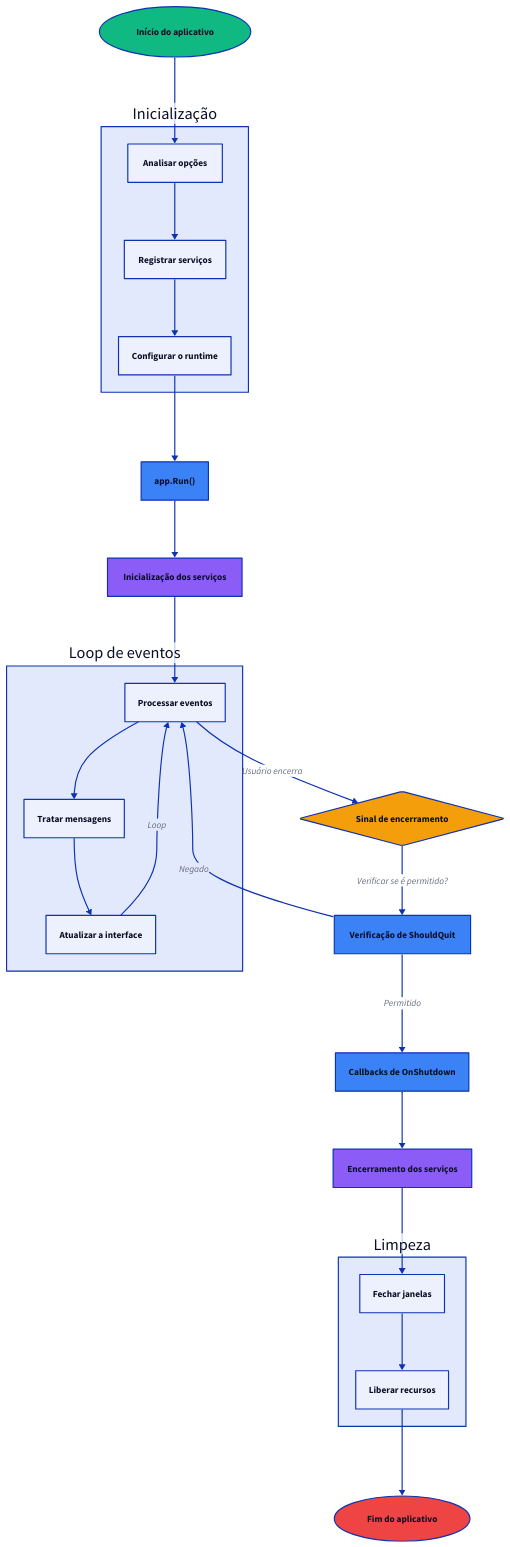
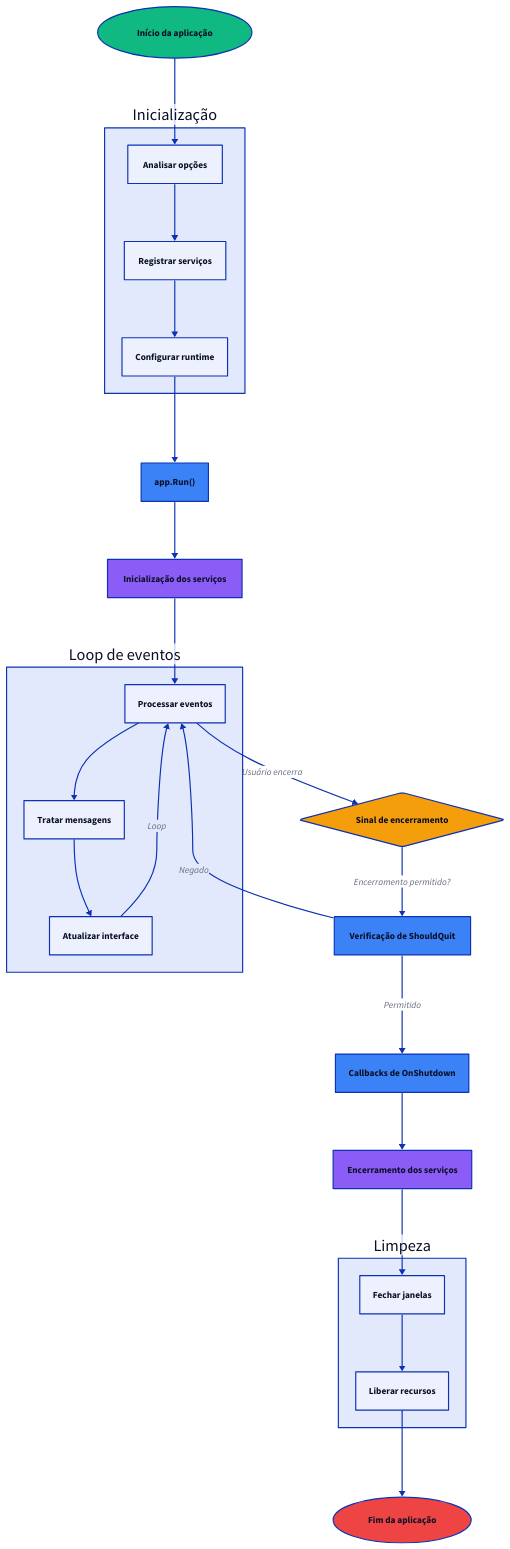
The first of 2 diagrams in docs/mpress/content/pt/concepts/lifecycle.md (wailsapp/wails), drawn with D2 before and after one commit. The commit also changed other lines of this file and 1096 other files, not shown here.

````diff
--- a/docs/mpress/content/pt/concepts/lifecycle.md
+++ b/docs/mpress/content/pt/concepts/lifecycle.md
@@ -14,7 +14,7 @@
 ```d2
 direction: down
 
-Start: Início do aplicativo {
+Start: Início da aplicação {
   shape: oval
   style.fill: "#10B981"
 }
@@ -26,7 +26,7 @@
   Register: Registrar serviços {
     shape: rectangle
   }
-  Setup: Configurar o runtime {
+  Setup: Configurar runtime {
     shape: rectangle
   }
 }
@@ -48,7 +48,7 @@
   Handle: Tratar mensagens {
     shape: rectangle
   }
-  Update: Atualizar a interface {
+  Update: Atualizar interface {
     shape: rectangle
   }
 }
@@ -82,7 +82,7 @@
   }
 }
 
-End: Fim do aplicativo {
+End: Fim da aplicação {
   shape: oval
   style.fill: "#EF4444"
 }
@@ -97,7 +97,7 @@
 EventLoop.Handle -> EventLoop.Update
 EventLoop.Update -> EventLoop.Process: Loop
 EventLoop.Process -> QuitSignal: Usuário encerra
-QuitSignal -> ShouldQuit: Verificar se é permitido?
+QuitSignal -> ShouldQuit: Encerramento permitido?
 ShouldQuit -> EventLoop.Process: Negado
 ShouldQuit -> OnShutdown: Permitido
 OnShutdown -> ServiceShutdown
````
